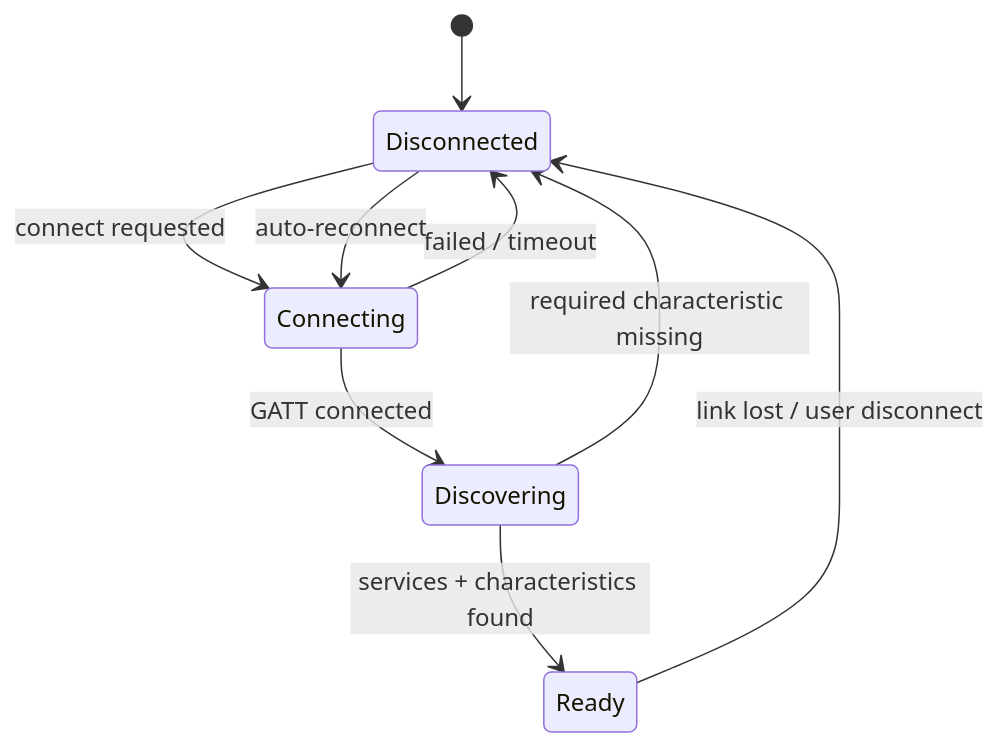
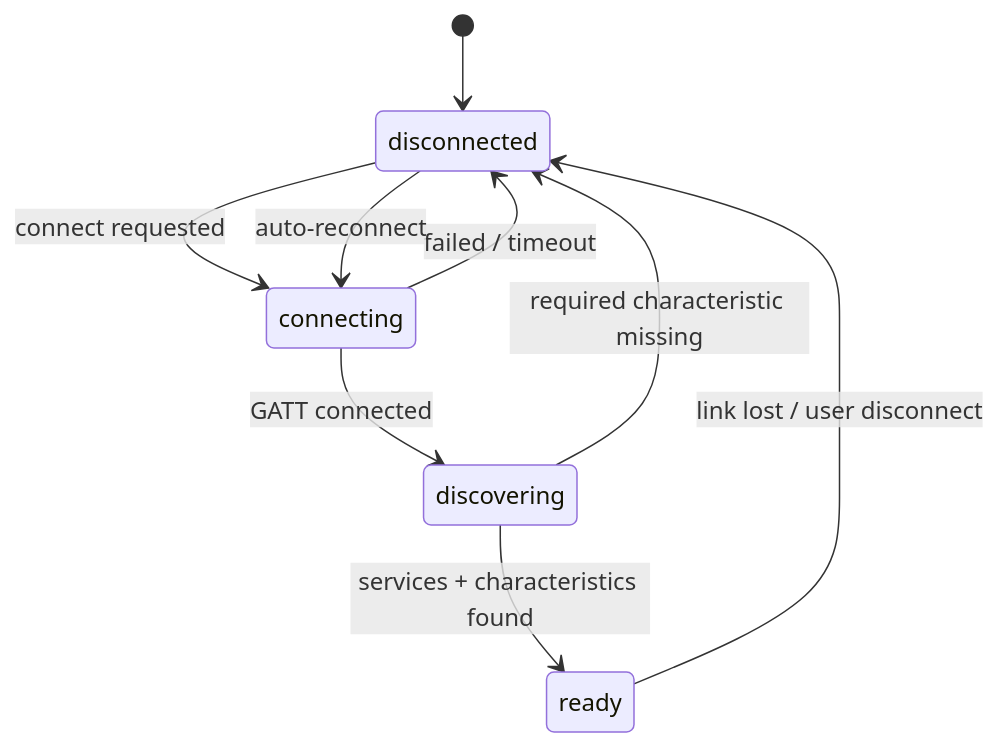
Before and after one commit to Dyastinn/mobile-threadmill-plan: the second of 2 diagrams in phases/phase-02-connection-hardening/README.md, drawn with Mermaid. The commit also changed other lines of this file and 33 other files, not shown here.

````diff
--- a/phases/phase-02-connection-hardening/README.md
+++ b/phases/phase-02-connection-hardening/README.md
@@ -468,11 +473,11 @@
 ```mermaid
 stateDiagram-v2
-    [*] --> Disconnected
-    Disconnected --> Connecting: connect requested
-    Connecting --> Discovering: GATT connected
-    Connecting --> Disconnected: failed / timeout
-    Discovering --> Ready: services + characteristics found
-    Discovering --> Disconnected: required characteristic missing
-    Ready --> Disconnected: link lost / user disconnect
-    Disconnected --> Connecting: auto-reconnect
+    [*] --> disconnected
+    disconnected --> connecting: connect requested
+    connecting --> discovering: GATT connected
+    connecting --> disconnected: failed / timeout
+    discovering --> ready: services + characteristics found
+    discovering --> disconnected: required characteristic missing
+    ready --> disconnected: link lost / user disconnect
+    disconnected --> connecting: auto-reconnect
 ```
````
